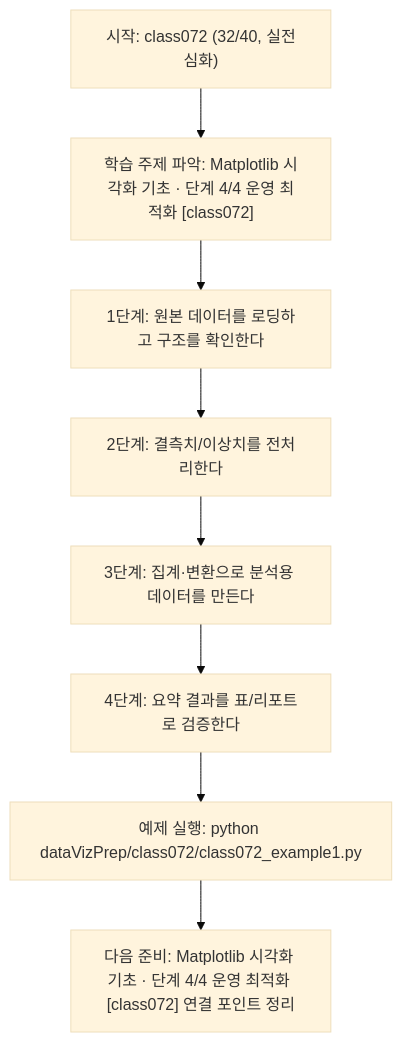
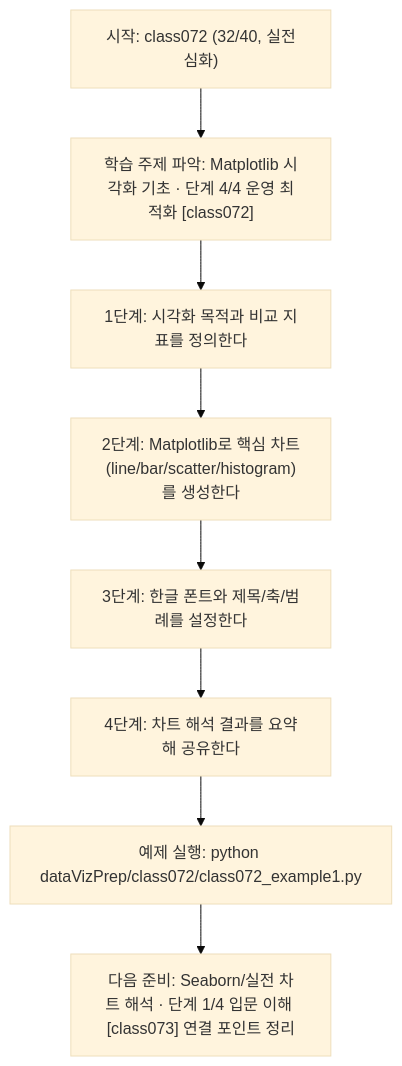
Before and after one commit to edumgt/Python-AI_Agent-Class: the diagram in dataVizPrep/class072/class072.md, drawn with Mermaid (base theme). The commit also changed other lines of this file and 283 other files, not shown here.

````diff
--- a/dataVizPrep/class072/class072.md
+++ b/dataVizPrep/class072/class072.md
@@ -111,18 +92,18 @@
 ```mermaid
 flowchart TD
 N1["시작: class072 (32/40, 실전심화)"]
 N2["학습 주제 파악: Matplotlib 시각화 기초 · 단계 4/4 운영 최적화 [class072]"]
-N3["1단계: 원본 데이터를 로딩하고 구조를 확인한다"]
-N4["2단계: 결측치/이상치를 전처리한다"]
-N5["3단계: 집계·변환으로 분석용 데이터를 만든다"]
-N6["4단계: 요약 결과를 표/리포트로 검증한다"]
+N3["1단계: 시각화 목적과 비교 지표를 정의한다"]
+N4["2단계: Matplotlib로 핵심 차트(line/bar/scatter/histogram)를 생성한다"]
+N5["3단계: 한글 폰트와 제목/축/범례를 설정한다"]
+N6["4단계: 차트 해석 결과를 요약해 공유한다"]
 N7["예제 실행: python dataVizPrep/class072/class072_example1.py"]
-N8["다음 준비: Matplotlib 시각화 기초 · 단계 4/4 운영 최적화 [class072] 연결 포인트 정리"]
+N8["다음 준비: Seaborn/실전 차트 해석 · 단계 1/4 입문 이해 [class073] 연결 포인트 정리"]
 N1 --> N2
 N2 --> N3
 N3 --> N4
 N4 --> N5
 N5 --> N6
 N6 --> N7
 N7 --> N8
 ```
````
